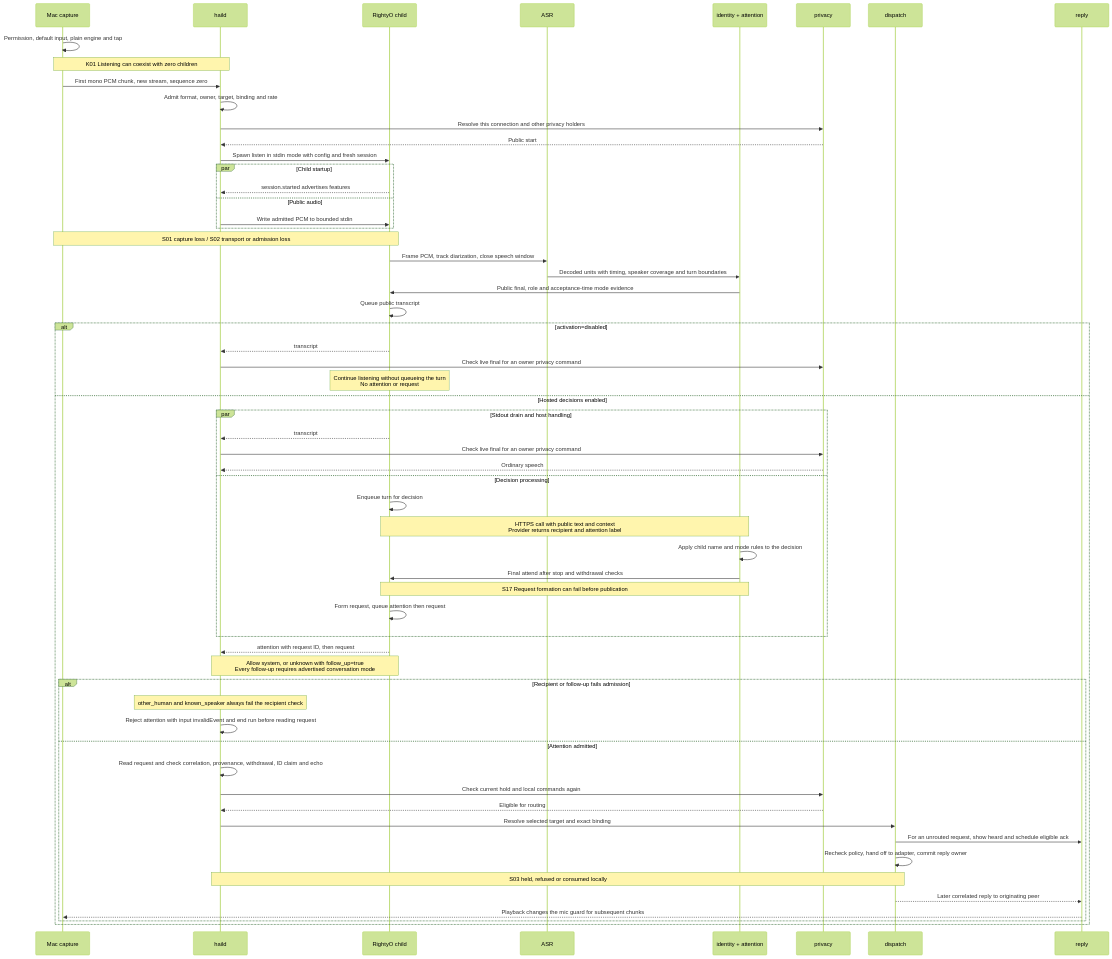
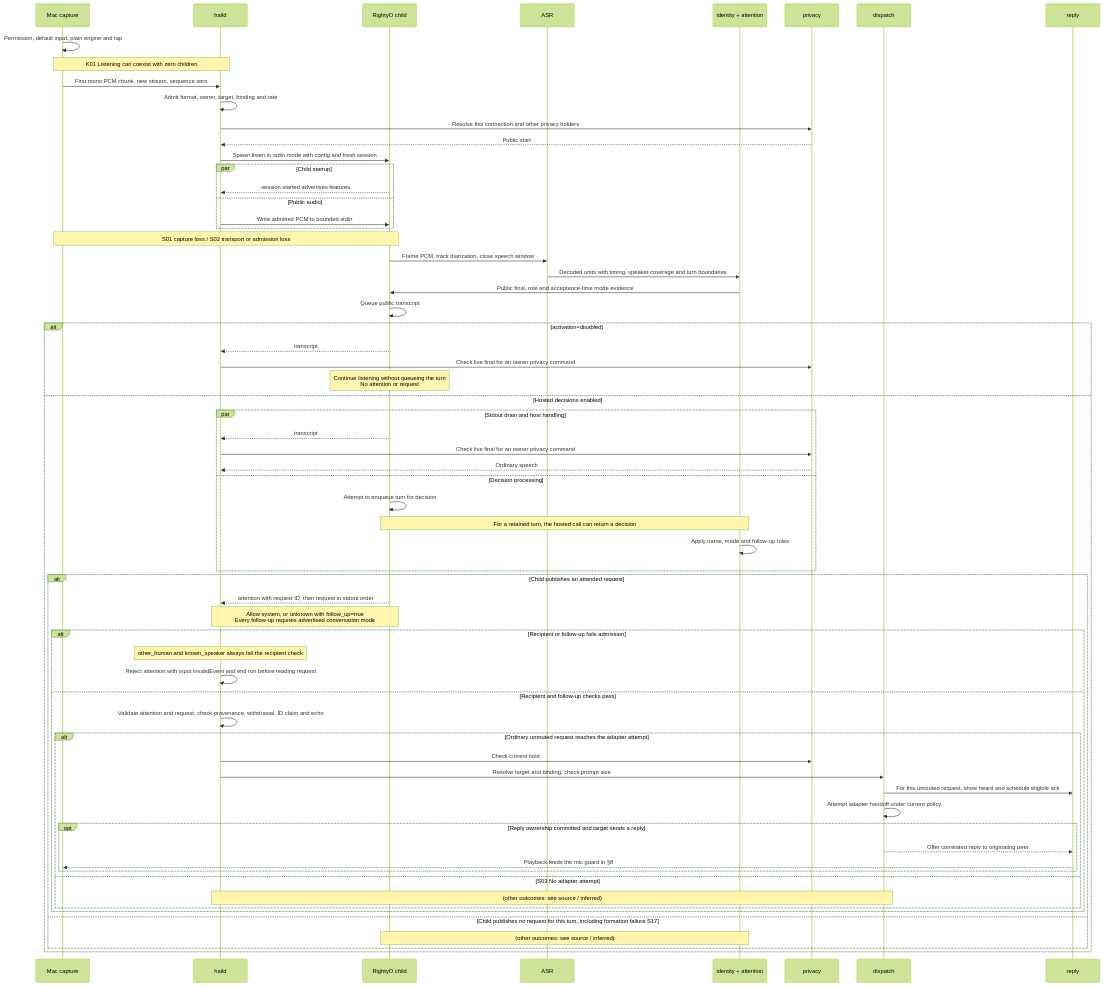
The first of 8 diagrams in docs/rightyo-swimlanes.md (mickdarling/hailing-station), drawn with Mermaid (forest theme) before and after one commit. The commit also changed other lines of this file, not shown here.

````diff
--- a/docs/rightyo-swimlanes.md
+++ b/docs/rightyo-swimlanes.md
@@ -19,62 +19,67 @@
 ```mermaid
 sequenceDiagram
     participant M as Mac capture
     participant H as haild
     participant C as RightyO child
     participant A as ASR
     participant I as identity + attention
     participant P as privacy
     participant D as dispatch
     participant R as reply
     M->>M: Permission, default input, plain engine and tap
     Note over M,H: K01 Listening can coexist with zero children
     M->>H: First mono PCM chunk, new stream, sequence zero
     H->>H: Admit format, owner, target, binding and rate
     H->>P: Resolve this connection and other privacy holders
     P-->>H: Public start
     H->>C: Spawn listen in stdin mode with config and fresh session
     par Child startup
         C-->>H: session.started advertises features
     and Public audio
         H->>C: Write admitted PCM to bounded stdin
     end
     Note over M,C: S01 capture loss / S02 transport or admission loss
     C->>A: Frame PCM, track diarization, close speech window
     A->>I: Decoded units with timing, speaker coverage and turn boundaries
     I->>C: Public final, role and acceptance-time mode evidence
     C->>C: Queue public transcript
     alt activation=disabled
         C-->>H: transcript
         H->>P: Check live final for an owner privacy command
         Note over C: Continue listening without queueing the turn<br/>No attention or request
     else Hosted decisions enabled
         par Stdout drain and host handling
             C-->>H: transcript
             H->>P: Check live final for an owner privacy command
             P-->>H: Ordinary speech
         and Decision processing
-            C->>C: Enqueue turn for decision
-            Note over C,I: HTTPS call with public text and context<br/>Provider returns recipient and attention label
-            I->>I: Apply child name and mode rules to the decision
-            I->>C: Final attend after stop and withdrawal checks
-            Note over C,I: S17 Request formation can fail before publication
-            C->>C: Form request, queue attention then request
+            C->>C: Attempt to enqueue turn for decision
+            Note over C,I: For a retained turn, the hosted call can return a decision
+            I->>I: Apply name, mode and follow-up rules
         end
-        C-->>H: attention with request ID, then request
-        Note over H,C: Allow system, or unknown with follow_up=true<br/>Every follow-up requires advertised conversation mode
-        alt Recipient or follow-up fails admission
-            Note over H: other_human and known_speaker always fail the recipient check
-            H->>H: Reject attention with input invalidEvent and end run before reading request
-        else Attention admitted
-            H->>H: Read request and check correlation, provenance, withdrawal, ID claim and echo
-            H->>P: Check current hold and local commands again
-            P-->>H: Eligible for routing
-            H->>D: Resolve selected target and exact binding
-            D->>R: For an unrouted request, show heard and schedule eligible ack
-            D->>D: Recheck policy, hand off to adapter, commit reply owner
-            Note over H,D: S03 held, refused or consumed locally
-            D-->>R: Later correlated reply to originating peer
-            R-->>M: Playback changes the mic guard for subsequent chunks
+        alt Child publishes an attended request
+            C-->>H: attention with request ID, then request in stdout order
+            Note over H,C: Allow system, or unknown with follow_up=true<br/>Every follow-up requires advertised conversation mode
+            alt Recipient or follow-up fails admission
+                Note over H: other_human and known_speaker always fail the recipient check
+                H->>H: Reject attention with input invalidEvent and end run before reading request
+            else Recipient and follow-up checks pass
+                H->>H: Validate attention and request, check provenance, withdrawal, ID claim and echo
+                alt Ordinary unrouted request reaches the adapter attempt
+                    H->>P: Check current hold
+                    H->>D: Resolve target and binding, check prompt size
+                    D->>R: For this unrouted request, show heard and schedule eligible ack
+                    D->>D: Attempt adapter handoff under current policy
+                    opt Reply ownership committed and target sends a reply
+                        D-->>R: Offer correlated reply to originating peer
+                        R-->>M: Playback feeds the mic guard in §8
+                    end
+                else S03 No adapter attempt
+                    Note over H,D: (other outcomes: see source / inferred)
+                end
+            end
+        else Child publishes no request for this turn, including formation failure S17
+            Note over C,I: (other outcomes: see source / inferred)
         end
     end
 ```
````
